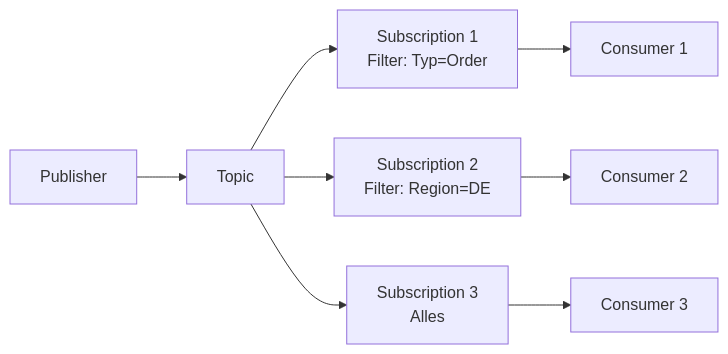
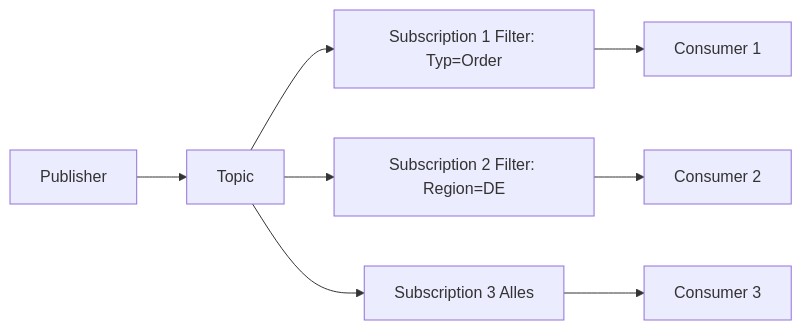
The third of 5 diagrams in Microsoft 365/Azure/Integration und Messaging/Azure Service Bus.md (SoniiiT/notes-n-docs), drawn with Mermaid before and after one commit. The commit also changed other lines of this file and 124 other files, not shown here.

First line of the commit message:
fix: Entferne \n aus allen Mermaid-Diagrammen (125 Dateien)

````diff
--- a/Microsoft 365/Azure/Integration und Messaging/Azure Service Bus.md
+++ b/Microsoft 365/Azure/Integration und Messaging/Azure Service Bus.md
@@ -51,10 +51,10 @@
 ```mermaid
 flowchart LR
     P[Publisher] --> T[Topic]
-    T --> S1[Subscription 1\nFilter: Typ=Order]
-    T --> S2[Subscription 2\nFilter: Region=DE]
-    T --> S3[Subscription 3\nAlles]
+    T --> S1[Subscription 1 Filter: Typ=Order]
+    T --> S2[Subscription 2 Filter: Region=DE]
+    T --> S3[Subscription 3 Alles]
     S1 --> C1[Consumer 1]
     S2 --> C2[Consumer 2]
     S3 --> C3[Consumer 3]
 ```
````
